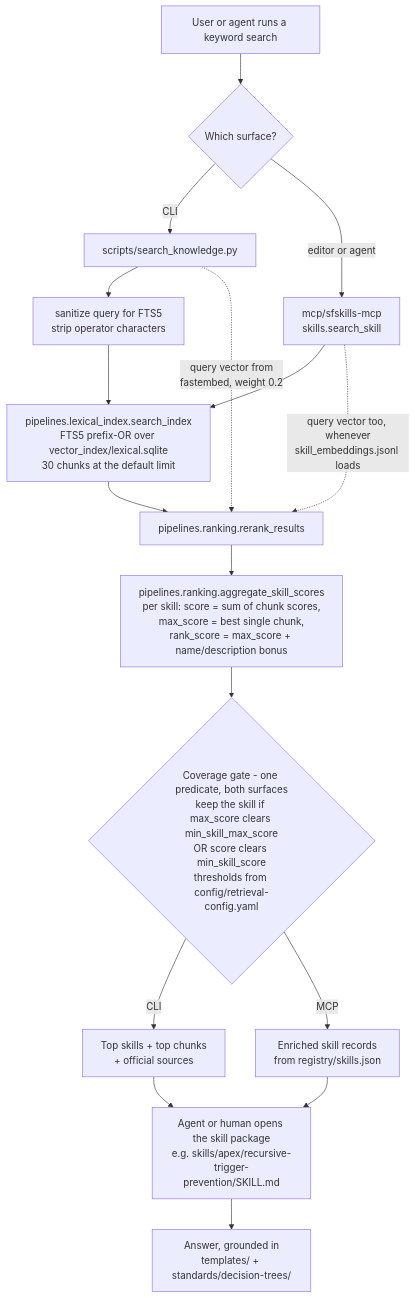
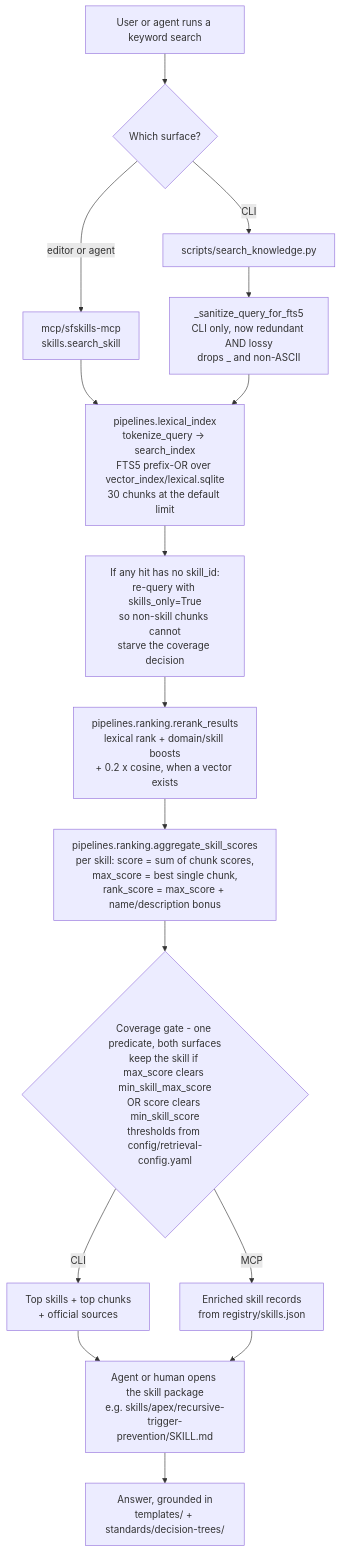
The second of 3 diagrams in docs/architecture.md (PranavNagrecha/AwesomeSalesforceSkills), drawn with Mermaid before and after one commit. The commit also changed other lines of this file and 40 other files, not shown here.

````diff
--- a/docs/architecture.md
+++ b/docs/architecture.md
@@ -261,26 +415,26 @@
 ```mermaid
 flowchart TD
     Q["User or agent runs a keyword search"] --> S{Which surface?}
 
     S -->|CLI| CLI["scripts/search_knowledge.py"]
     S -->|editor or agent| MCP["mcp/sfskills-mcp<br/>skills.search_skill"]
 
-    CLI --> SAN["sanitize query for FTS5<br/>strip operator characters"]
+    CLI --> SAN["_sanitize_query_for_fts5<br/>CLI only, now redundant AND lossy<br/>drops _ and non-ASCII"]
     MCP --> LEX
 
-    SAN --> LEX["pipelines.lexical_index.search_index<br/>FTS5 prefix-OR over vector_index/lexical.sqlite<br/>30 chunks at the default limit"]
+    SAN --> LEX["pipelines.lexical_index<br/>tokenize_query -> search_index<br/>FTS5 prefix-OR over vector_index/lexical.sqlite<br/>30 chunks at the default limit"]
 
-    LEX --> RR["pipelines.ranking.rerank_results"]
-    CLI -.->|"query vector from<br/>fastembed, weight 0.2"| RR
-    MCP -.->|"query vector too, whenever<br/>skill_embeddings.jsonl loads"| RR
+    LEX --> SKW["If any hit has no skill_id:<br/>re-query with skills_only=True<br/>so non-skill chunks cannot<br/>starve the coverage decision"]
+
+    SKW --> RR["pipelines.ranking.rerank_results<br/>lexical rank + domain/skill boosts<br/>+ 0.2 x cosine, when a vector exists"]
 
     RR --> AGG["pipelines.ranking.aggregate_skill_scores<br/>per skill: score = sum of chunk scores,<br/>max_score = best single chunk,<br/>rank_score = max_score + name/description bonus"]
 
     AGG --> GATE{"Coverage gate - one predicate, both surfaces<br/>keep the skill if max_score clears min_skill_max_score<br/>OR score clears min_skill_score<br/>thresholds from config/retrieval-config.yaml"}
     GATE -->|CLI| OUT1["Top skills + top chunks<br/>+ official sources"]
     GATE -->|MCP| OUT2["Enriched skill records<br/>from registry/skills.json"]
 
     OUT1 --> READ["Agent or human opens the skill package<br/>e.g. skills/apex/recursive-trigger-prevention/SKILL.md"]
     OUT2 --> READ
     READ --> ANS["Answer, grounded in<br/>templates/ + standards/decision-trees/"]
 ```
````
